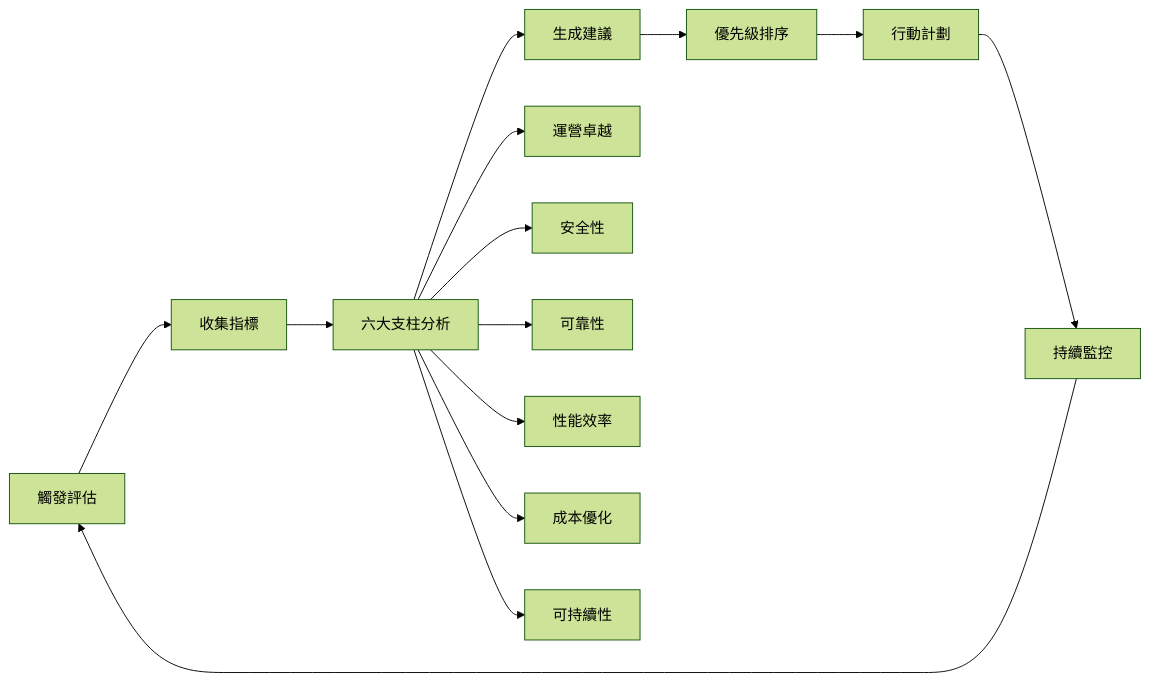
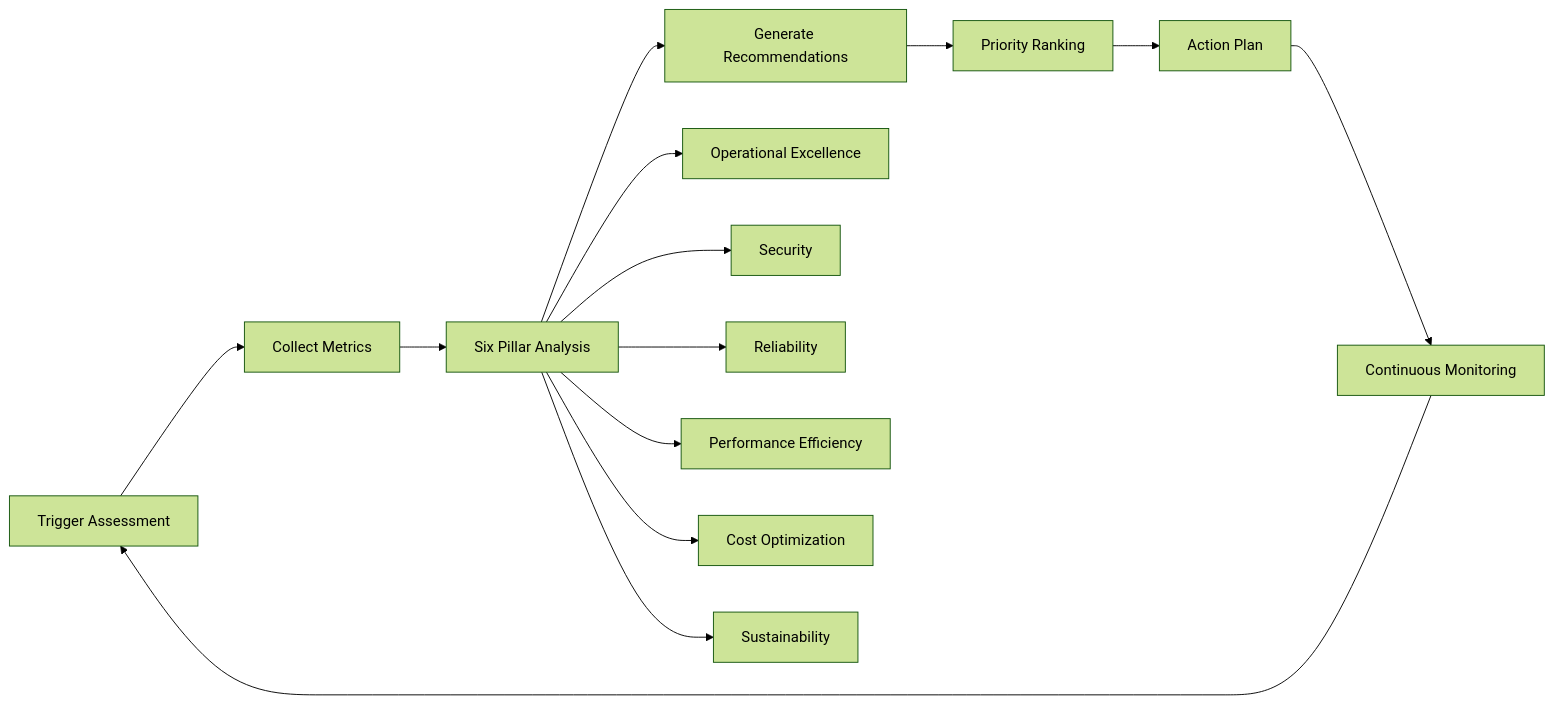
The second of 2 diagrams in docs/architecture/mcp-integration-importance.md (humank/genai-demo), drawn with Mermaid (forest theme) before and after one commit. The commit also changed other lines of this file and 453 other files, not shown here.

First line of the commit message:
feat: Complete translation of key architecture and API documentation

````diff
--- a/docs/architecture/mcp-integration-importance.md
+++ b/docs/architecture/mcp-integration-importance.md
@@ -124,17 +124,17 @@
 ```mermaid
 flowchart LR
-    A[觸發評估] --> B[收集指標]
-    B --> C[六大支柱分析]
-    C --> D[生成建議]
-    D --> E[優先級排序]
-    E --> F[行動計劃]
-    F --> G[持續監控]
+    A[Trigger Assessment] --> B[Collect Metrics]
+    B --> C[Six Pillar Analysis]
+    C --> D[Generate Recommendations]
+    D --> E[Priority Ranking]
+    E --> F[Action Plan]
+    F --> G[Continuous Monitoring]
     G --> A
     
-    C --> C1[運營卓越]
-    C --> C2[安全性]
-    C --> C3[可靠性]
-    C --> C4[性能效率]
-    C --> C5[成本優化]
-    C --> C6[可持續性]
+    C --> C1[Operational Excellence]
+    C --> C2[Security]
+    C --> C3[Reliability]
+    C --> C4[Performance Efficiency]
+    C --> C5[Cost Optimization]
+    C --> C6[Sustainability]
 ```
````
